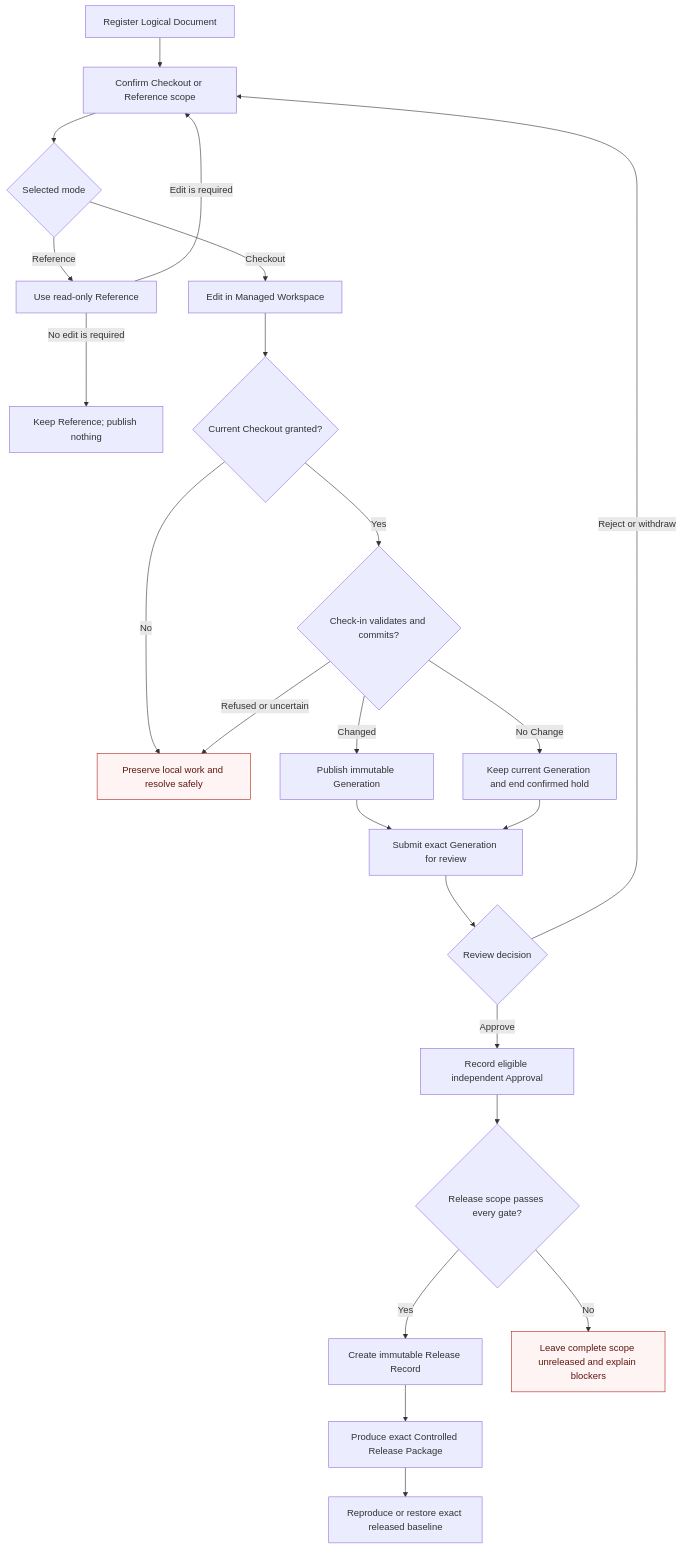
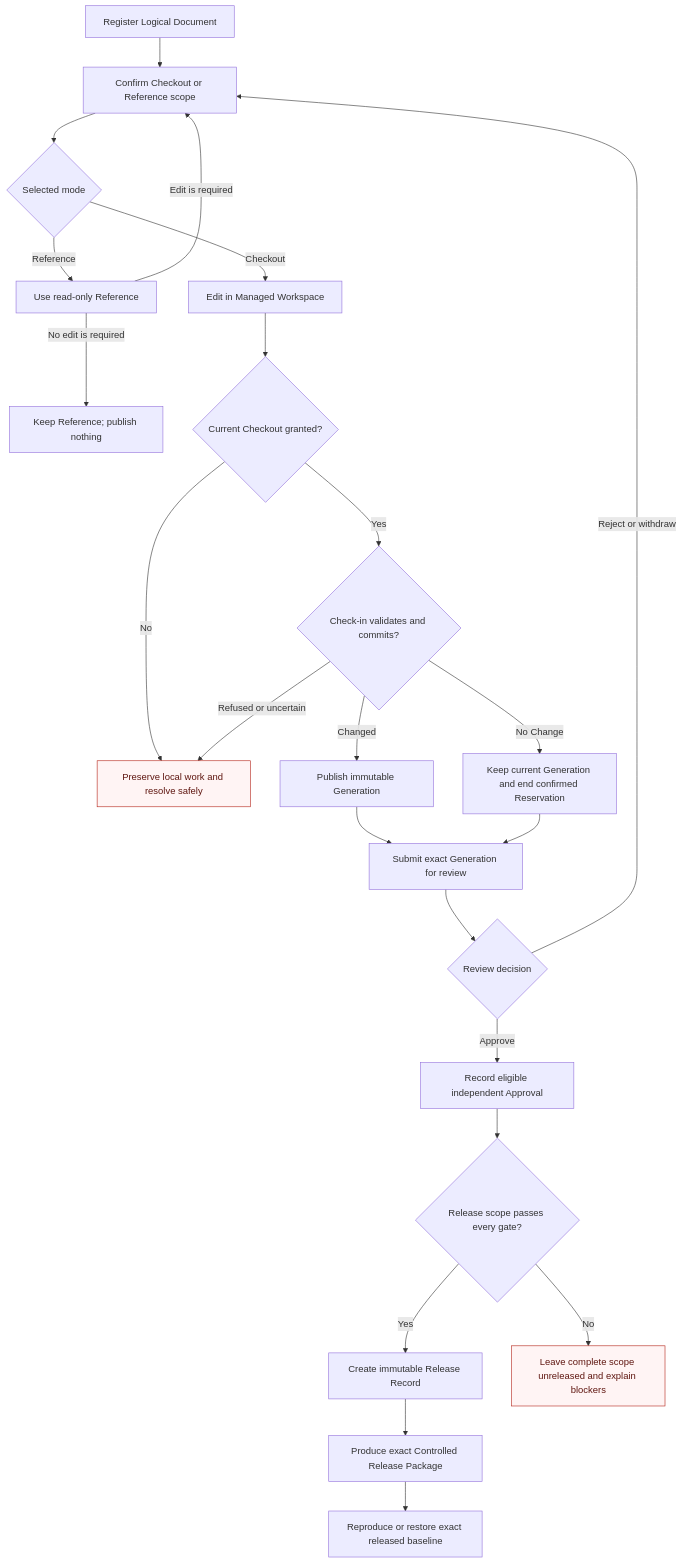
One commit to devphuclam/IDEAEngineering changed the seventh of 26 diagrams in docs/product/instances/idea-engineering/DOC-05-architecture-description.md. Above: the diagram before and after it, drawn with Mermaid. The commit also changed other lines of this file and 80 other files, not shown here.

Commit message:
docs: correct architecture review findings and evidence

````diff
--- a/docs/product/instances/idea-engineering/DOC-05-architecture-description.md
+++ b/docs/product/instances/idea-engineering/DOC-05-architecture-description.md
@@ -713,31 +713,31 @@
 ```mermaid
 flowchart TB
     accTitle: End-to-end controlled Release Spine
     accDescr: A Logical Document is registered, an exact Checkout or Reference scope is confirmed, work is performed in an ordinary local Workspace, and Check-in either publishes one immutable Generation or records No Change while ending the confirmed Reservation. The exact Generation is reviewed, approved and released only after scope revalidation. Any failed Check-in preserves local work and any failed Release leaves the scope unreleased. An exact Release Package can later be reproduced and restored.
 
     Register[Register Logical Document] --> Acquire[Confirm Checkout or Reference scope]
     Acquire --> Mode{Selected mode}
     Mode -->|Checkout| Work[Edit in Managed Workspace]
     Mode -->|Reference| Reference[Use read-only Reference]
     Reference -->|Edit is required| Acquire
     Reference -->|No edit is required| RefOnly[Keep Reference; publish nothing]
     Work --> Eligible{Current Checkout granted?}
     Eligible -->|Yes| Checkin{Check-in validates and commits?}
     Eligible -->|No| Safe[Preserve local work and resolve safely]
     Checkin -->|Changed| Generation[Publish immutable Generation]
-    Checkin -->|No Change| SameHead[Keep current Generation and end confirmed hold]
+    Checkin -->|No Change| SameHead[Keep current Generation and end confirmed Reservation]
     Checkin -->|Refused or uncertain| Safe
     Generation --> Review[Submit exact Generation for review]
     SameHead --> Review
     Review --> Decision{Review decision}
     Decision -->|Approve| Approve[Record eligible independent Approval]
     Decision -->|Reject or withdraw| Acquire
     Approve --> Release{Release scope passes every gate?}
     Release -->|Yes| Record[Create immutable Release Record]
     Release -->|No| Blocked[Leave complete scope unreleased and explain blockers]
     Record --> Package[Produce exact Controlled Release Package]
     Package --> Restore[Reproduce or restore exact released baseline]
 
     classDef stopped fill:#fff4f4,stroke:#b42318,color:#5f1610
     class Safe,Blocked stopped
 ```
````
